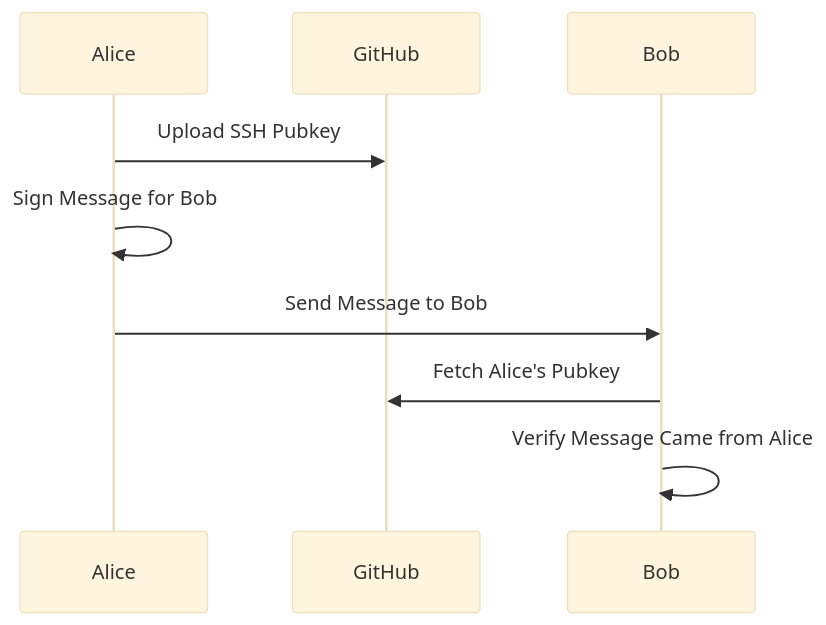
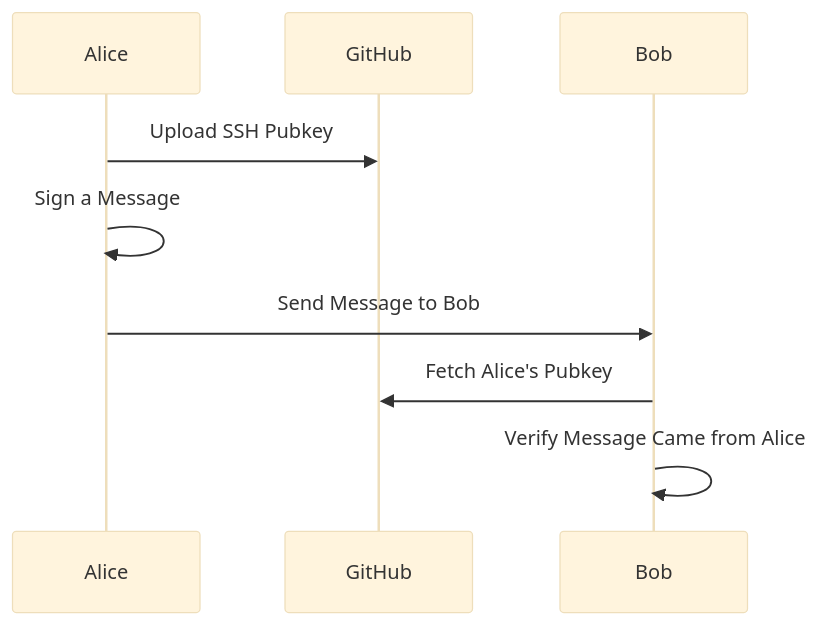
Before and after one commit to robertdfrench/wmap: the first of 3 diagrams in README.md, drawn with Mermaid (base theme). The commit also changed other lines of this file, not shown here.

````diff
--- a/README.md
+++ b/README.md
@@ -18,8 +18,8 @@
 ```mermaid
 sequenceDiagram
     Alice->>GitHub: Upload SSH Pubkey
-    Alice->>Alice: Sign Message for Bob
+    Alice->>Alice: Sign a Message
     Alice->>Bob: Send Message to Bob
     Bob->>GitHub: Fetch Alice's Pubkey
     Bob->>Bob: Verify Message Came from Alice
 ```
````
